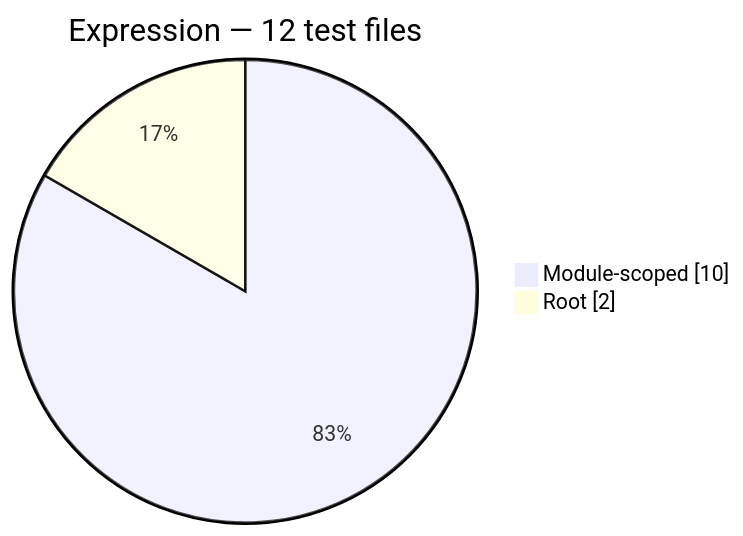
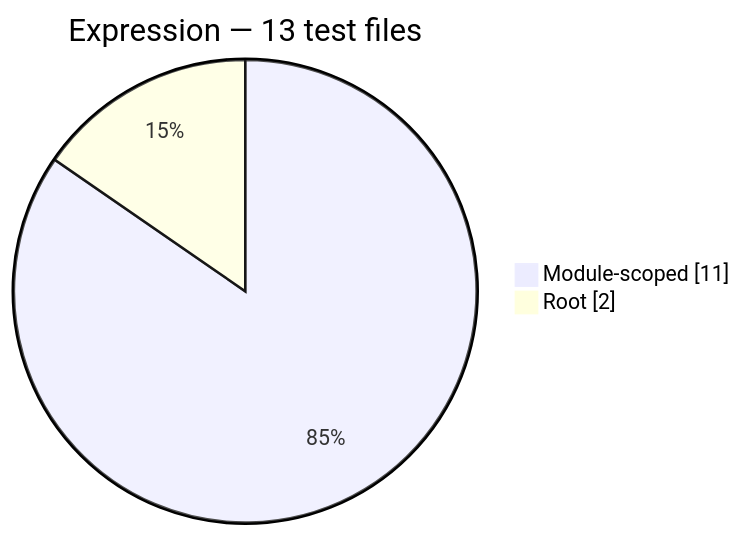
One commit to Mohammed-Alama/php-arazzo changed the second of 12 diagrams in docs/generated/test-composition.md. Above: the diagram before and after it, drawn with Mermaid. The commit also changed other lines of this file and 9 other files, not shown here.

````diff
--- a/docs/generated/test-composition.md
+++ b/docs/generated/test-composition.md
@@ -28,6 +28,6 @@
 ```mermaid
 pie showData
-    title Expression — 12 test files
-    "Module-scoped": 10
+    title Expression — 13 test files
+    "Module-scoped": 11
     "Root": 2
 ```
````
